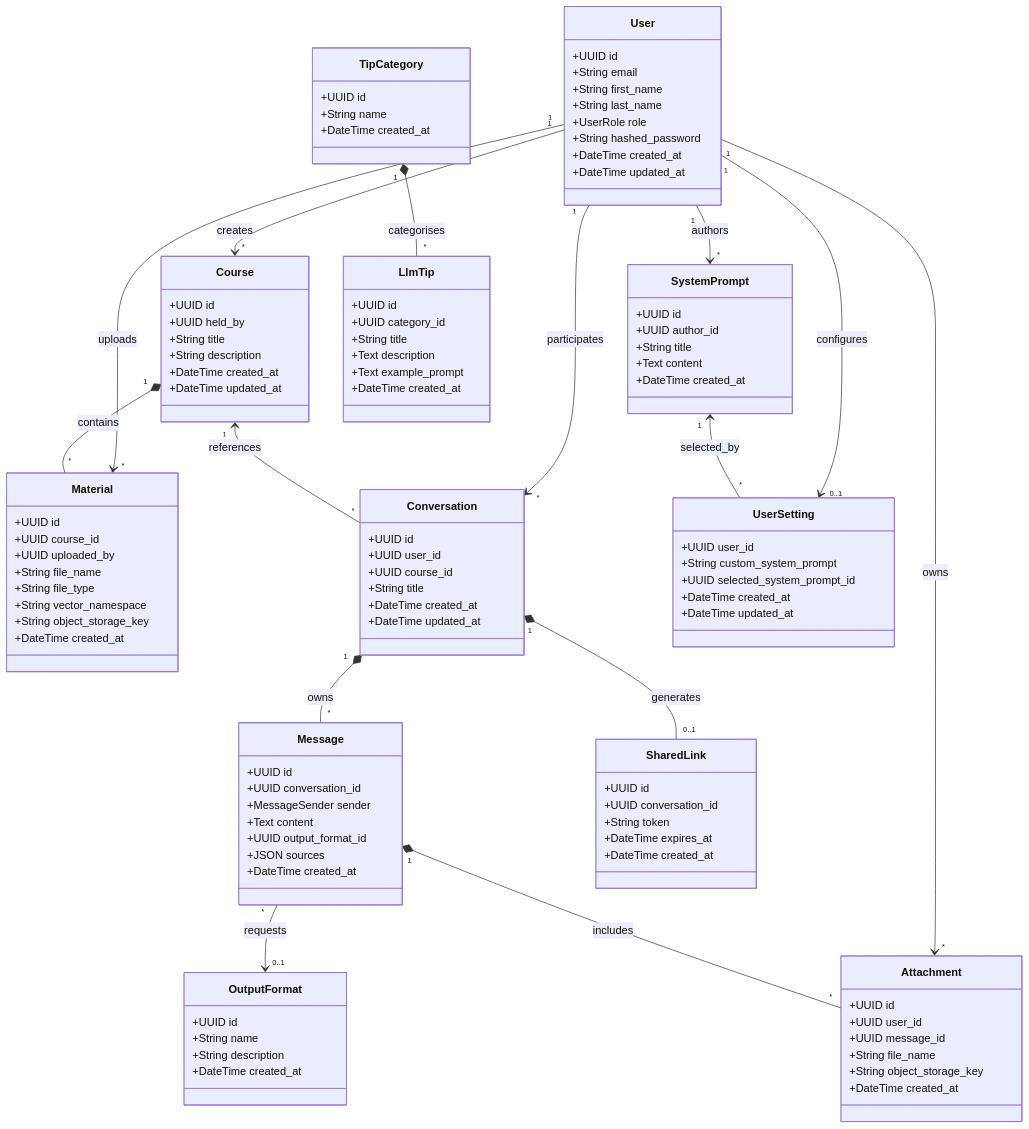
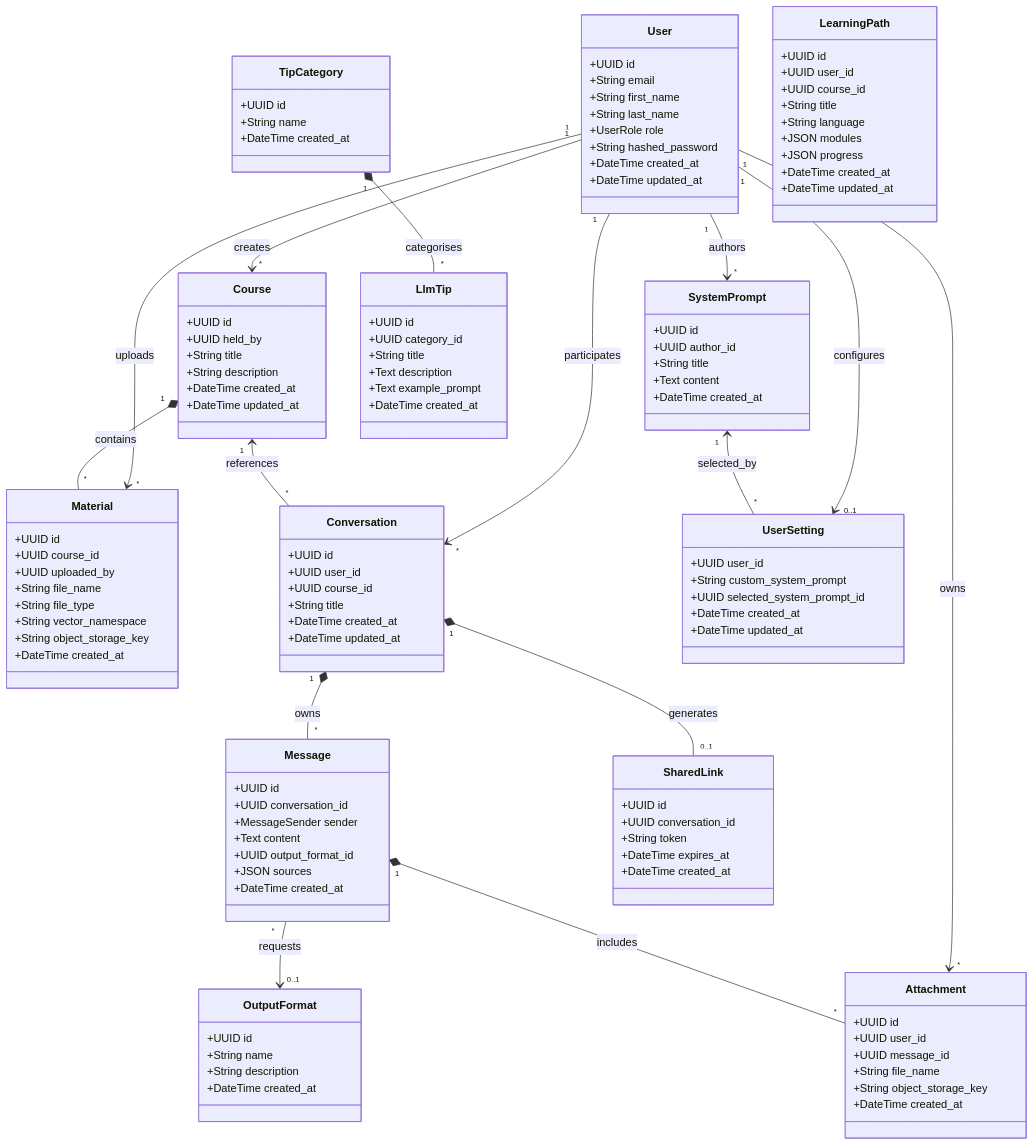
One commit to ULBS-cauci/backend changed the second of 3 diagrams in DATABASE_SCHEMA.md. Above: the diagram before and after it, drawn with Mermaid. The commit also changed other lines of this file and 11 other files, not shown here.

First line of the commit message:
Course-wide learning path generation (#34)

```diff
--- a/DATABASE_SCHEMA.md
+++ b/DATABASE_SCHEMA.md
@@ -275,6 +326,18 @@
         +DateTime updated_at
     }
 
+    class LearningPath {
+        +UUID id
+        +UUID user_id
+        +UUID course_id
+        +String title
+        +String language
+        +JSON modules
+        +JSON progress
+        +DateTime created_at
+        +DateTime updated_at
+    }
+
     %% Relationships as Class Dependencies / Composition
     User "1" --> "*" Course : creates
     User "1" --> "*" SystemPrompt : authors
```
